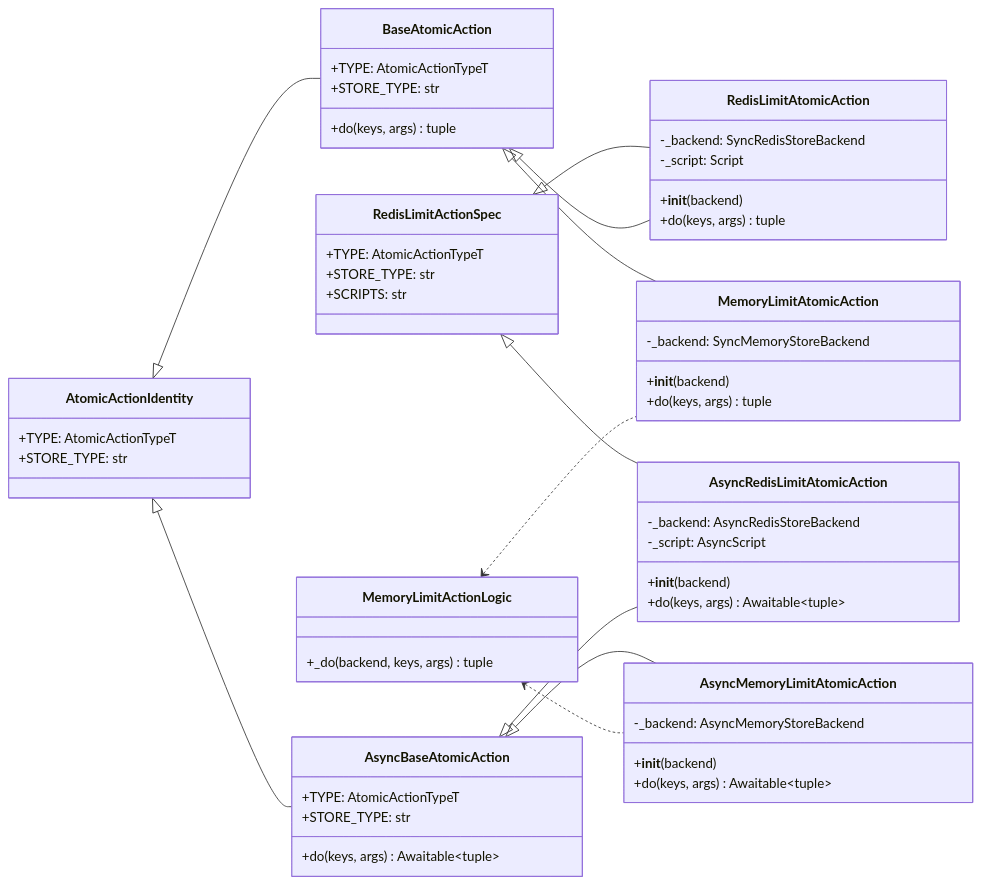
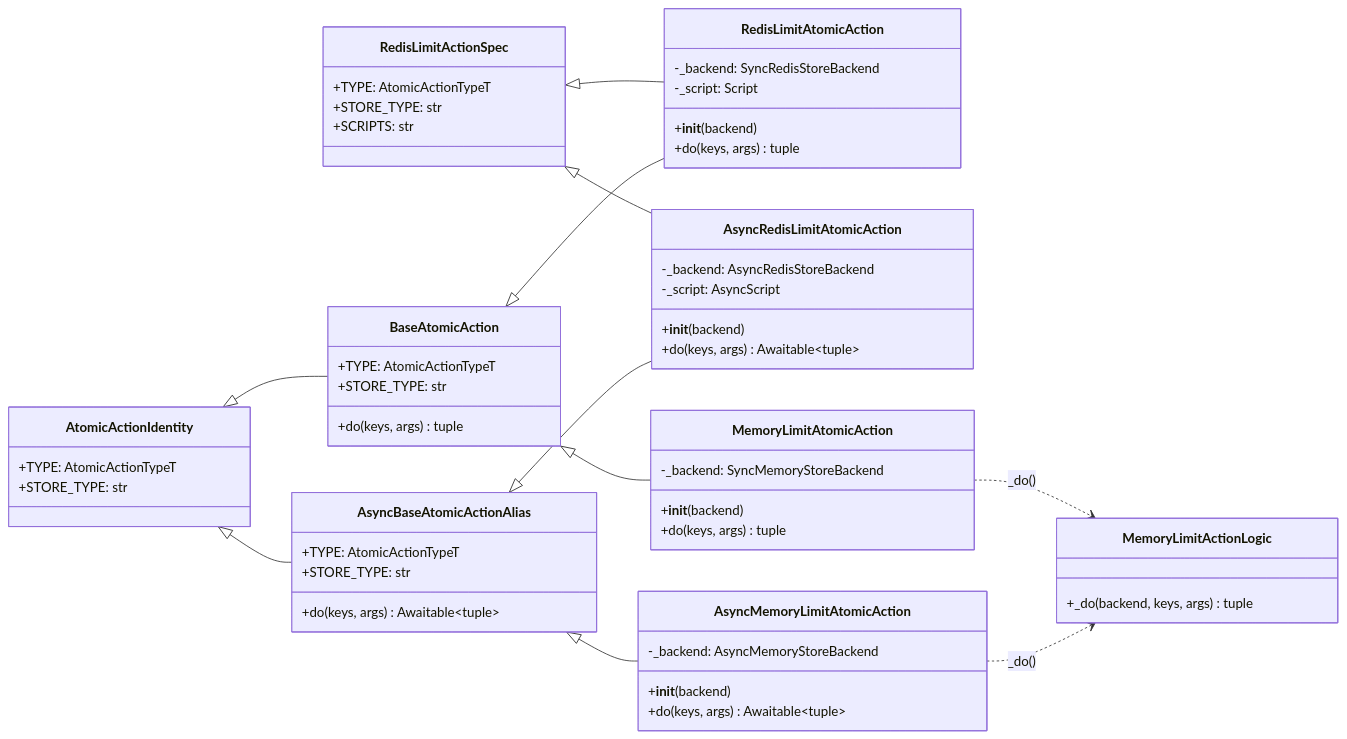
Before and after one commit to ZhuoZhuoCrayon/ai-workspace: the fourth of 6 diagrams in knowledge/throttled-py/issues/2026-05-06-store-typing-abstraction-refactor/PLAN.md, drawn with Mermaid. The commit also changed other lines of this file, not shown here.

````diff
--- a/knowledge/throttled-py/issues/2026-05-06-store-typing-abstraction-refactor/PLAN.md
+++ b/knowledge/throttled-py/issues/2026-05-06-store-typing-abstraction-refactor/PLAN.md
@@ -339,60 +357,60 @@
 ```mermaid
 classDiagram
     direction LR
 
     class AtomicActionIdentity {
         +TYPE: AtomicActionTypeT
         +STORE_TYPE: str
     }
     class BaseAtomicAction {
         +TYPE: AtomicActionTypeT
         +STORE_TYPE: str
         +do(keys, args) tuple
     }
-    class AsyncBaseAtomicAction {
+    class AsyncBaseAtomicActionAlias {
         +TYPE: AtomicActionTypeT
         +STORE_TYPE: str
         +do(keys, args) Awaitable~tuple~
     }
     class RedisLimitActionSpec {
         +TYPE: AtomicActionTypeT
         +STORE_TYPE: str
         +SCRIPTS: str
     }
     class MemoryLimitActionLogic {
         +_do(backend, keys, args) tuple
     }
     class RedisLimitAtomicAction {
         -_backend: SyncRedisStoreBackend
         -_script: Script
         +__init__(backend)
         +do(keys, args) tuple
     }
     class AsyncRedisLimitAtomicAction {
         -_backend: AsyncRedisStoreBackend
         -_script: AsyncScript
         +__init__(backend)
         +do(keys, args) Awaitable~tuple~
     }
     class MemoryLimitAtomicAction {
         -_backend: SyncMemoryStoreBackend
         +__init__(backend)
         +do(keys, args) tuple
     }
     class AsyncMemoryLimitAtomicAction {
         -_backend: AsyncMemoryStoreBackend
         +__init__(backend)
         +do(keys, args) Awaitable~tuple~
     }
 
     AtomicActionIdentity <|-- BaseAtomicAction
-    AtomicActionIdentity <|-- AsyncBaseAtomicAction
+    AtomicActionIdentity <|-- AsyncBaseAtomicActionAlias
     RedisLimitActionSpec <|-- RedisLimitAtomicAction
     RedisLimitActionSpec <|-- AsyncRedisLimitAtomicAction
     BaseAtomicAction <|-- RedisLimitAtomicAction
-    AsyncBaseAtomicAction <|-- AsyncRedisLimitAtomicAction
+    AsyncBaseAtomicActionAlias <|-- AsyncRedisLimitAtomicAction
     BaseAtomicAction <|-- MemoryLimitAtomicAction
-    AsyncBaseAtomicAction <|-- AsyncMemoryLimitAtomicAction
-    MemoryLimitActionLogic <.. MemoryLimitAtomicAction
-    MemoryLimitActionLogic <.. AsyncMemoryLimitAtomicAction
+    AsyncBaseAtomicActionAlias <|-- AsyncMemoryLimitAtomicAction
+    MemoryLimitAtomicAction ..> MemoryLimitActionLogic : _do()
+    AsyncMemoryLimitAtomicAction ..> MemoryLimitActionLogic : _do()
 ```
````
